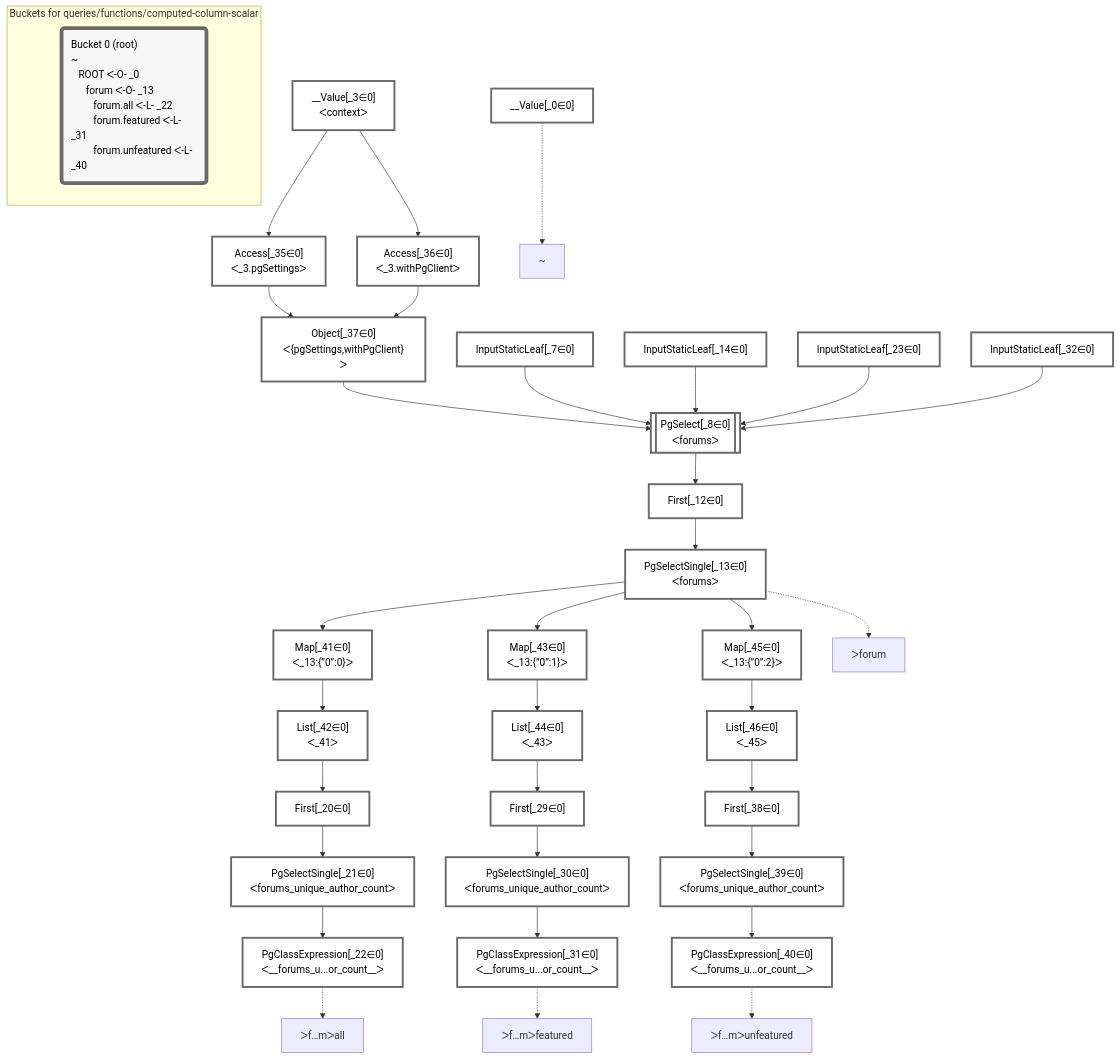
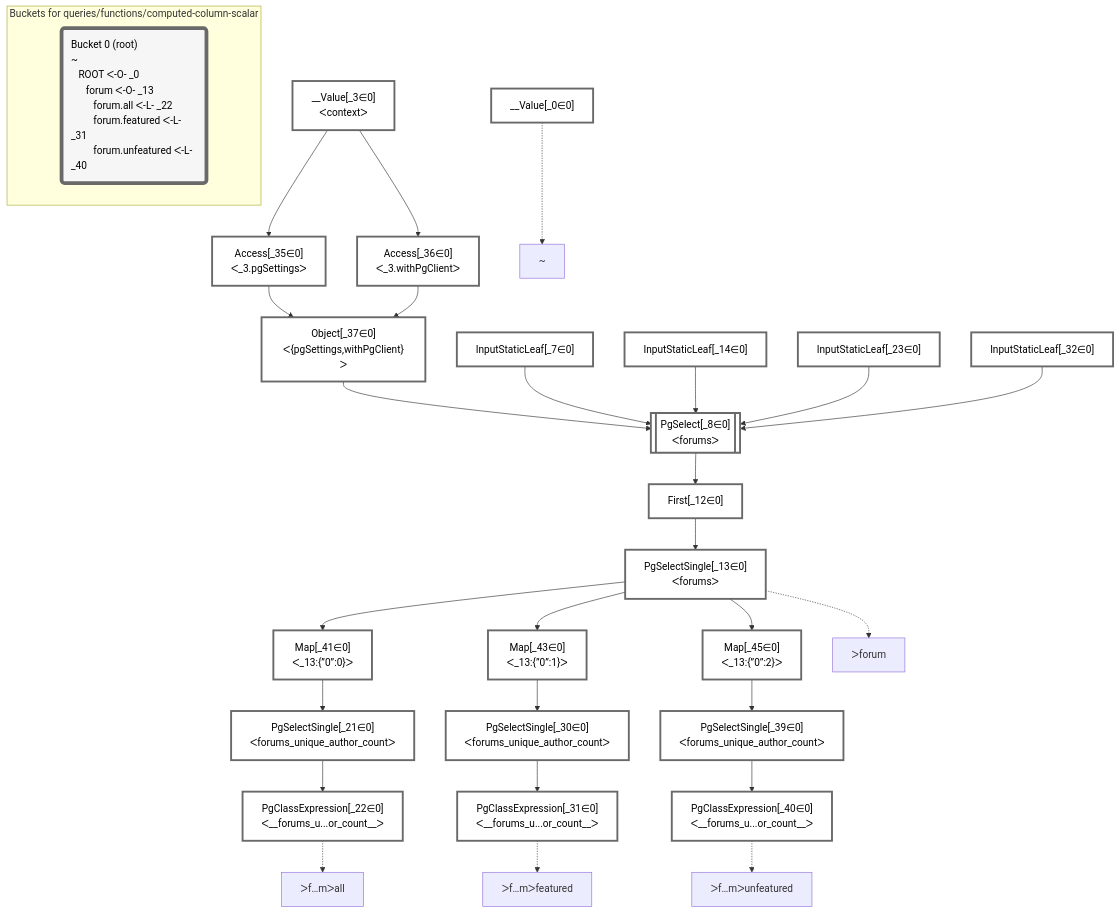
Before and after one commit to graphile/crystal: the diagram in packages/dataplan-pg/__tests__/queries/functions/computed-column-scalar.deopt.mermaid.md, drawn with Mermaid. The commit also changed 67 other files, not shown here.

```diff
--- a/packages/dataplan-pg/__tests__/queries/functions/computed-column-scalar.deopt.mermaid.md
+++ b/packages/dataplan-pg/__tests__/queries/functions/computed-column-scalar.deopt.mermaid.md
@@ -15,26 +15,20 @@
     First_12["First[_12∈0]"]:::plan
     PgSelectSingle_13["PgSelectSingle[_13∈0]<br />ᐸforumsᐳ"]:::plan
     InputStaticLeaf_14["InputStaticLeaf[_14∈0]"]:::plan
-    First_20["First[_20∈0]"]:::plan
     PgSelectSingle_21["PgSelectSingle[_21∈0]<br />ᐸforums_unique_author_countᐳ"]:::plan
     PgClassExpression_22["PgClassExpression[_22∈0]<br />ᐸ__forums_u...or_count__ᐳ"]:::plan
     InputStaticLeaf_23["InputStaticLeaf[_23∈0]"]:::plan
-    First_29["First[_29∈0]"]:::plan
     PgSelectSingle_30["PgSelectSingle[_30∈0]<br />ᐸforums_unique_author_countᐳ"]:::plan
     PgClassExpression_31["PgClassExpression[_31∈0]<br />ᐸ__forums_u...or_count__ᐳ"]:::plan
     InputStaticLeaf_32["InputStaticLeaf[_32∈0]"]:::plan
     Access_35["Access[_35∈0]<br />ᐸ_3.pgSettingsᐳ"]:::plan
     Access_36["Access[_36∈0]<br />ᐸ_3.withPgClientᐳ"]:::plan
     Object_37["Object[_37∈0]<br />ᐸ{pgSettings,withPgClient}ᐳ"]:::plan
-    First_38["First[_38∈0]"]:::plan
     PgSelectSingle_39["PgSelectSingle[_39∈0]<br />ᐸforums_unique_author_countᐳ"]:::plan
     PgClassExpression_40["PgClassExpression[_40∈0]<br />ᐸ__forums_u...or_count__ᐳ"]:::plan
     Map_41["Map[_41∈0]<br />ᐸ_13:{”0”:0}ᐳ"]:::plan
-    List_42["List[_42∈0]<br />ᐸ_41ᐳ"]:::plan
     Map_43["Map[_43∈0]<br />ᐸ_13:{”0”:1}ᐳ"]:::plan
-    List_44["List[_44∈0]<br />ᐸ_43ᐳ"]:::plan
     Map_45["Map[_45∈0]<br />ᐸ_13:{”0”:2}ᐳ"]:::plan
-    List_46["List[_46∈0]<br />ᐸ_45ᐳ"]:::plan
 
     %% plan dependencies
     Object_37 --> PgSelect_8
@@ -44,25 +38,19 @@
     InputStaticLeaf_32 --> PgSelect_8
     PgSelect_8 --> First_12
     First_12 --> PgSelectSingle_13
-    List_42 --> First_20
-    First_20 --> PgSelectSingle_21
+    Map_41 --> PgSelectSingle_21
     PgSelectSingle_21 --> PgClassExpression_22
-    List_44 --> First_29
-    First_29 --> PgSelectSingle_30
+    Map_43 --> PgSelectSingle_30
     PgSelectSingle_30 --> PgClassExpression_31
     __Value_3 --> Access_35
     __Value_3 --> Access_36
     Access_35 --> Object_37
     Access_36 --> Object_37
-    List_46 --> First_38
-    First_38 --> PgSelectSingle_39
+    Map_45 --> PgSelectSingle_39
     PgSelectSingle_39 --> PgClassExpression_40
     PgSelectSingle_13 --> Map_41
-    Map_41 --> List_42
     PgSelectSingle_13 --> Map_43
-    Map_43 --> List_44
     PgSelectSingle_13 --> Map_45
-    Map_45 --> List_46
 
     %% plan-to-path relationships
     P_0["~"]
@@ -78,7 +66,7 @@
 
     %% allocate buckets
     classDef bucket0 stroke:#696969
-    class __Value_0,__Value_3,InputStaticLeaf_7,PgSelect_8,First_12,PgSelectSingle_13,InputStaticLeaf_14,First_20,PgSelectSingle_21,PgClassExpression_22,InputStaticLeaf_23,First_29,PgSelectSingle_30,PgClassExpression_31,InputStaticLeaf_32,Access_35,Access_36,Object_37,First_38,PgSelectSingle_39,PgClassExpression_40,Map_41,List_42,Map_43,List_44,Map_45,List_46 bucket0
+    class __Value_0,__Value_3,InputStaticLeaf_7,PgSelect_8,First_12,PgSelectSingle_13,InputStaticLeaf_14,PgSelectSingle_21,PgClassExpression_22,InputStaticLeaf_23,PgSelectSingle_30,PgClassExpression_31,InputStaticLeaf_32,Access_35,Access_36,Object_37,PgSelectSingle_39,PgClassExpression_40,Map_41,Map_43,Map_45 bucket0
 
     subgraph "Buckets for queries/functions/computed-column-scalar"
     Bucket0("Bucket 0 (root)<br />~<br />⠀ROOT ᐸ-O- _0<br />⠀⠀forum ᐸ-O- _13<br />⠀⠀⠀forum.all ᐸ-L- _22<br />⠀⠀⠀forum.featured ᐸ-L- _31<br />⠀⠀⠀forum.unfeatured ᐸ-L- _40"):::bucket
```
